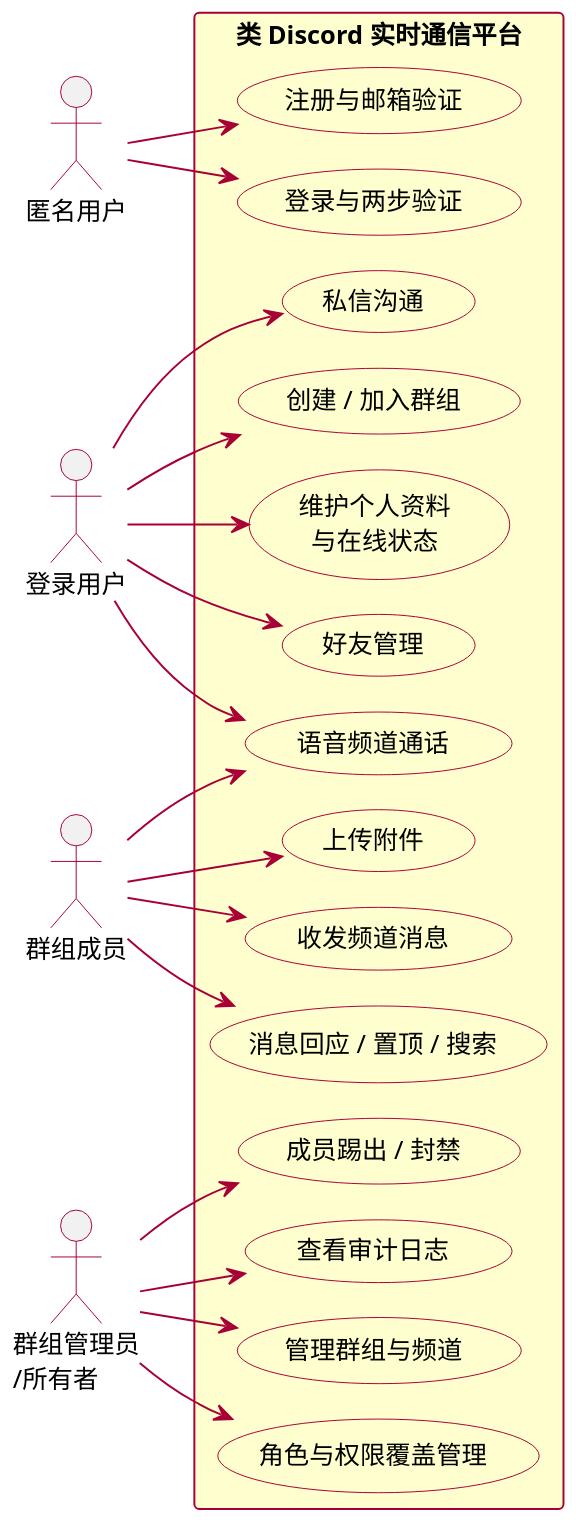
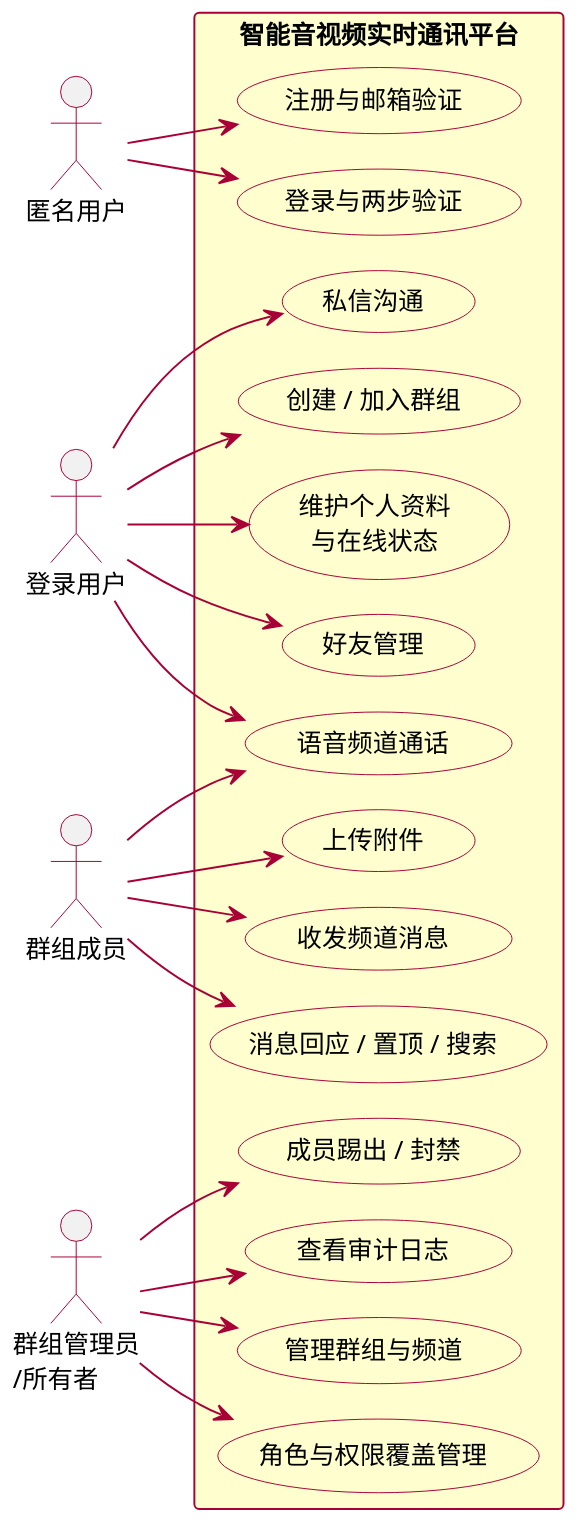
One commit to Siegfried-Crowley/Chorus changed the diagram in docs/figures/fig3-1-usecase.puml. Above: the diagram before and after it, drawn with PlantUML. The commit also changed 7 other files, not shown here.

```diff
--- a/docs/figures/fig3-1-usecase.puml
+++ b/docs/figures/fig3-1-usecase.puml
@@ -1,63 +1,63 @@
 @startuml fig3-1-usecase
 !pragma layout smetana
 skinparam backgroundColor #FFFFFF
 skinparam defaultFontName "Microsoft YaHei"
 skinparam defaultFontSize 13
 skinparam shadowing false
 skinparam dpi 150
 skinparam ArrowColor #A80036
 skinparam usecase {
   BackgroundColor #FEFECE
   BorderColor #A80036
   FontColor #000000
   ArrowColor #A80036
 }
 skinparam actor {
   BorderColor #A80036
   FontColor #000000
 }
 skinparam rectangle {
   BackgroundColor #FEFECE
   BorderColor #A80036
 }
 
 left to right direction
 
 actor "匿名用户" as anon
 actor "登录用户" as user
 actor "群组成员" as member
 actor "群组管理员\n/所有者" as admin
 
-rectangle "类 Discord 实时通信平台" {
+rectangle "智能音视频实时通讯平台" {
   usecase "注册与邮箱验证" as UC1
   usecase "登录与两步验证" as UC2
   usecase "维护个人资料\n与在线状态" as UC3
   usecase "好友管理" as UC4
   usecase "私信沟通" as UC5
   usecase "创建 / 加入群组" as UC6
   usecase "收发频道消息" as UC7
   usecase "消息回应 / 置顶 / 搜索" as UC8
   usecase "上传附件" as UC9
   usecase "语音频道通话" as UC10
   usecase "管理群组与频道" as UC11
   usecase "角色与权限覆盖管理" as UC12
   usecase "成员踢出 / 封禁" as UC13
   usecase "查看审计日志" as UC14
 }
 
 anon --> UC1
 anon --> UC2
 user --> UC3
 user --> UC4
 user --> UC5
 user --> UC6
 user --> UC10
 member --> UC7
 member --> UC8
 member --> UC9
 member --> UC10
 admin --> UC11
 admin --> UC12
 admin --> UC13
 admin --> UC14
 @enduml
```
